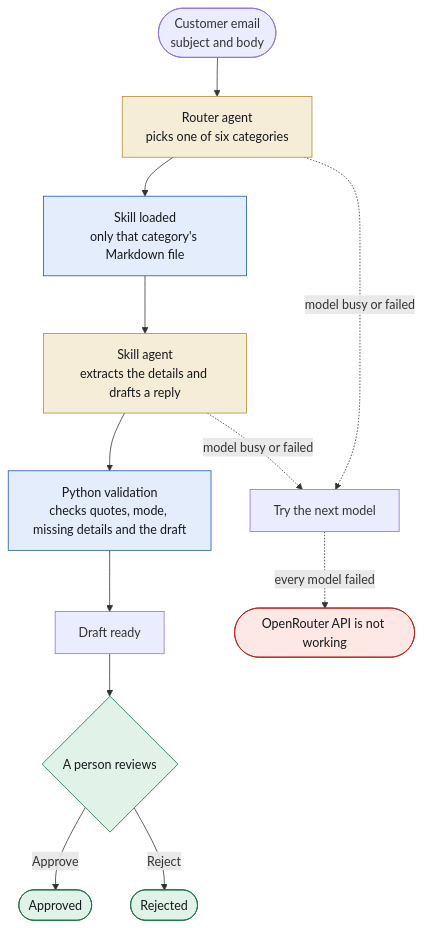
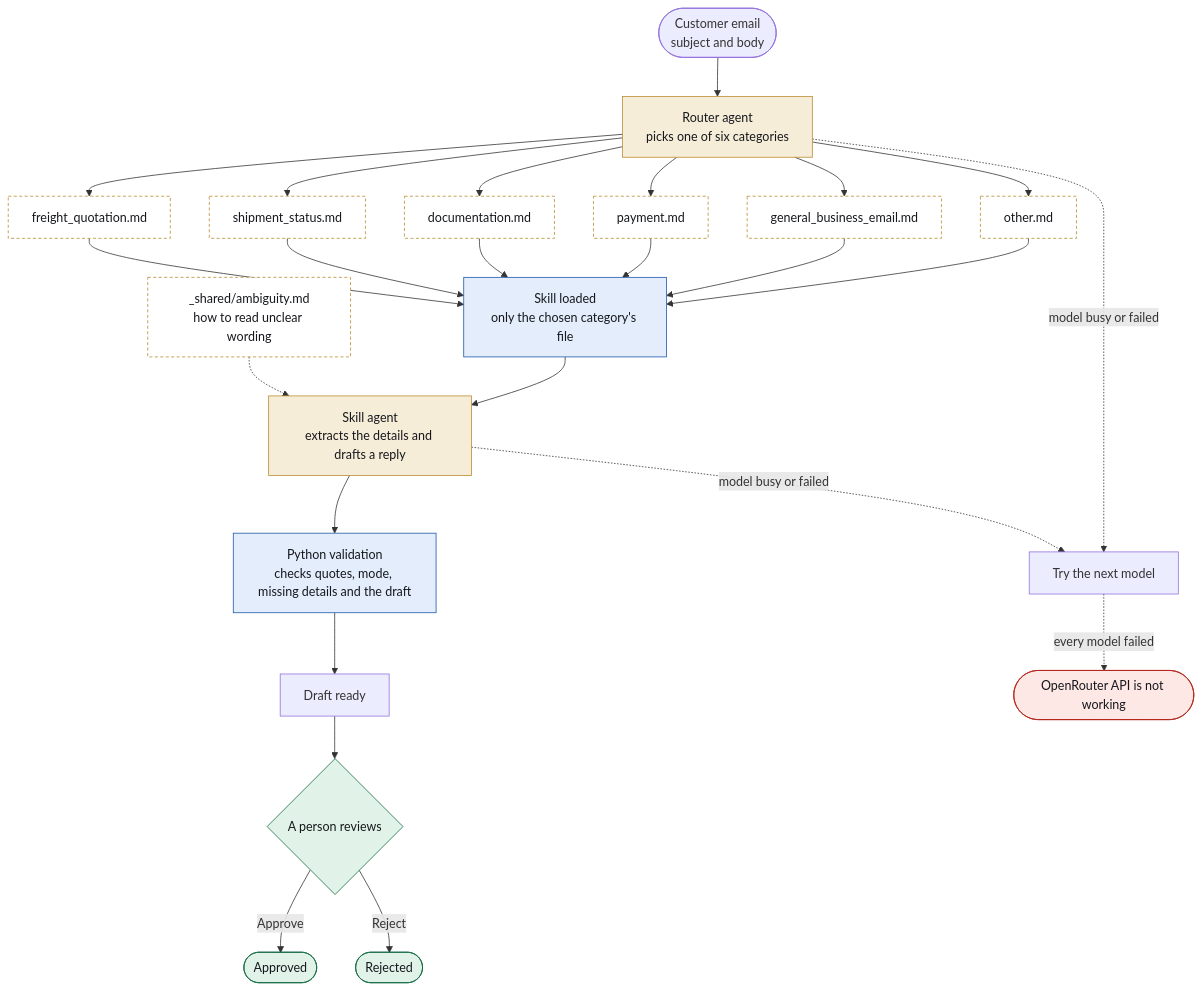
One commit to Viv-19/hermes-task changed the diagram in README.md. Above: the diagram before and after it, drawn with Mermaid. The commit also changed other lines of this file, not shown here.

Commit message:
README: show all six skills and the shared playbook in the workflow graph

````diff
--- a/README.md
+++ b/README.md
@@ -13,24 +13,38 @@
 ```mermaid
 flowchart TD
     A(["Customer email<br/>subject and body"]) --> B["Router agent<br/>picks one of six categories"]
-    B --> C["Skill loaded<br/>only that category's Markdown file"]
+    B --> S1["freight_quotation.md"]
+    B --> S2["shipment_status.md"]
+    B --> S3["documentation.md"]
+    B --> S4["payment.md"]
+    B --> S5["general_business_email.md"]
+    B --> S6["other.md"]
+    SH["_shared/ambiguity.md<br/>how to read unclear wording"] -.-> D
+    S1 --> C["Skill loaded<br/>only the chosen category's file"]
+    S2 --> C
+    S3 --> C
+    S4 --> C
+    S5 --> C
+    S6 --> C
     C --> D["Skill agent<br/>extracts the details and drafts a reply"]
     D --> E["Python validation<br/>checks quotes, mode, missing details and the draft"]
     E --> F["Draft ready"]
     F --> G{"A person reviews"}
     G -->|Approve| H(["Approved"])
     G -->|Reject| I(["Rejected"])
 
     B -.->|"model busy or failed"| N["Try the next model"]
     D -.->|"model busy or failed"| N
     N -.->|"every model failed"| X(["OpenRouter API is not working"])
 
     classDef ai fill:#f6edd9,stroke:#b98a2e,color:#16181d
     classDef code fill:#e3edfb,stroke:#1b57a8,color:#16181d
     classDef human fill:#e1f3e8,stroke:#176b43,color:#16181d
     classDef fail fill:#fde8e6,stroke:#b42318,color:#16181d
     class B,D ai
     class C,E code
+    class S1,S2,S3,S4,S5,S6,SH skill
+    classDef skill fill:#fff,stroke:#b98a2e,stroke-dasharray:4 3,color:#16181d
     class G,H,I human
     class X fail
 ```
````
